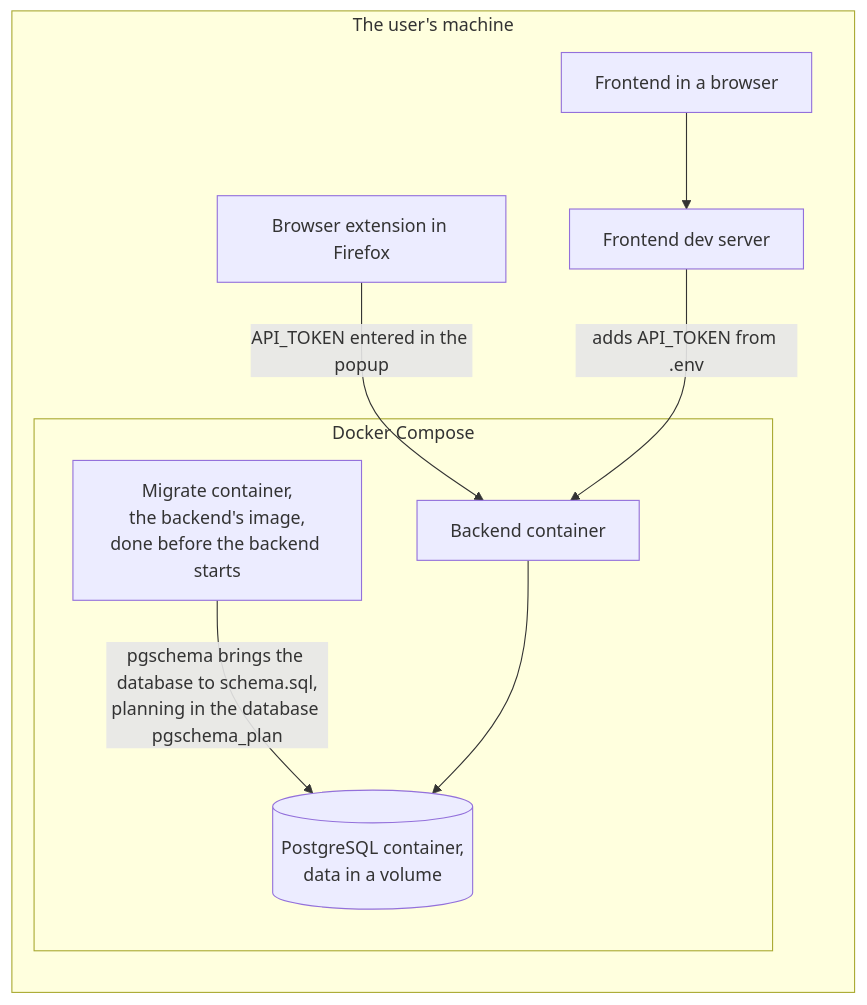
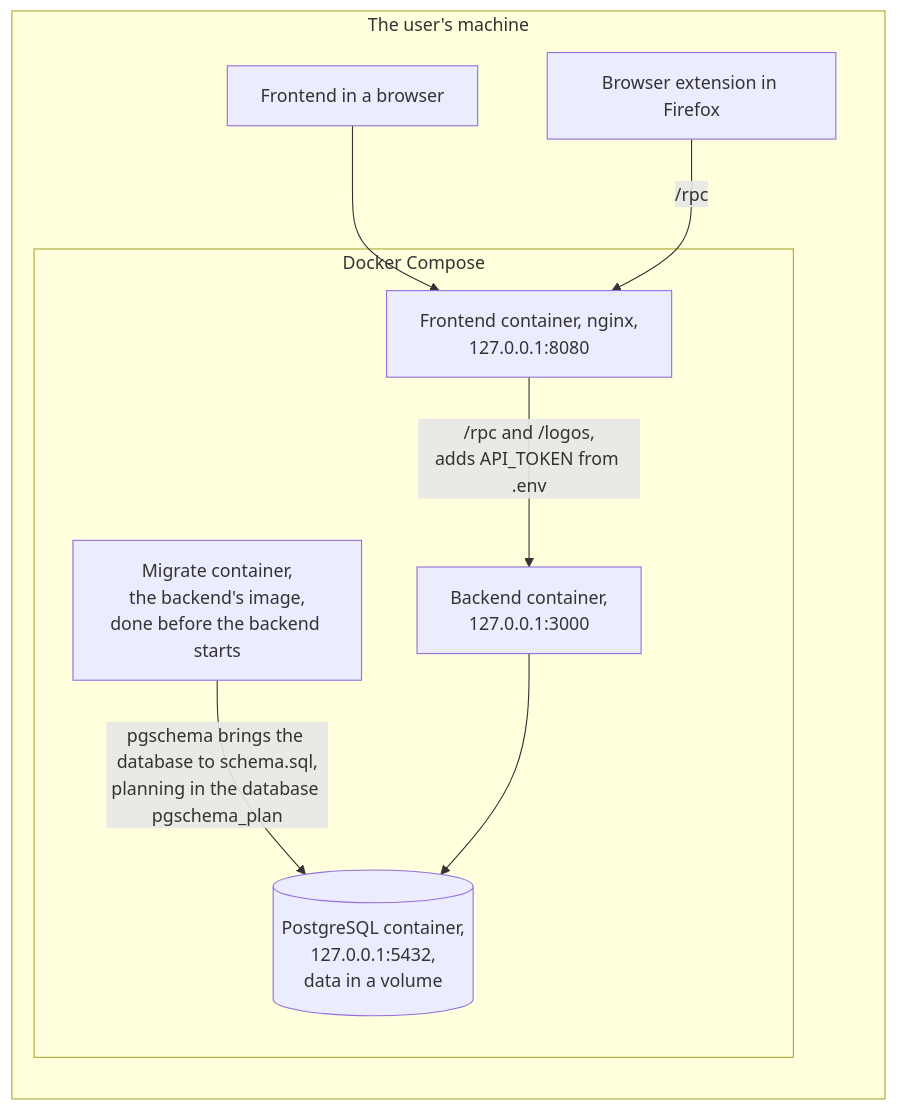
Before and after one commit to lennartmoeller/finance-tracker: the first of 3 diagrams in docs/contract/hosting.md, drawn with Mermaid. The commit also changed other lines of this file and 34 other files, not shown here.

Commit message:
feat!: release images, a Helm chart and the signed extension on every merge (#46)

````diff
--- a/docs/contract/hosting.md
+++ b/docs/contract/hosting.md
@@ -3,18 +9,18 @@
 ```mermaid
 flowchart LR
   subgraph machine["The user's machine"]
     subgraph compose["Docker Compose"]
       migrate["Migrate container,<br/>the backend's image,<br/>done before the backend starts"]
-      backend["Backend container"]
-      postgres[("PostgreSQL container,<br/>data in a volume")]
+      backend["Backend container,<br/>127.0.0.1:3000"]
+      frontend["Frontend container, nginx,<br/>127.0.0.1:8080"]
+      postgres[("PostgreSQL container,<br/>127.0.0.1:5432,<br/>data in a volume")]
     end
+    page["Frontend in a browser"]
     extension["Browser extension in Firefox"]
-    vite["Frontend dev server"]
-    page["Frontend in a browser"]
   end
   migrate -- "pgschema brings the database to schema.sql,<br/>planning in the database pgschema_plan" --> postgres
-  extension -- "API_TOKEN entered in the popup" --> backend
-  page --> vite
-  vite -- "adds API_TOKEN from .env" --> backend
+  page --> frontend
+  extension -- "/rpc" --> frontend
+  frontend -- "/rpc and /logos,<br/>adds API_TOKEN from .env" --> backend
   backend --> postgres
 ```
````
